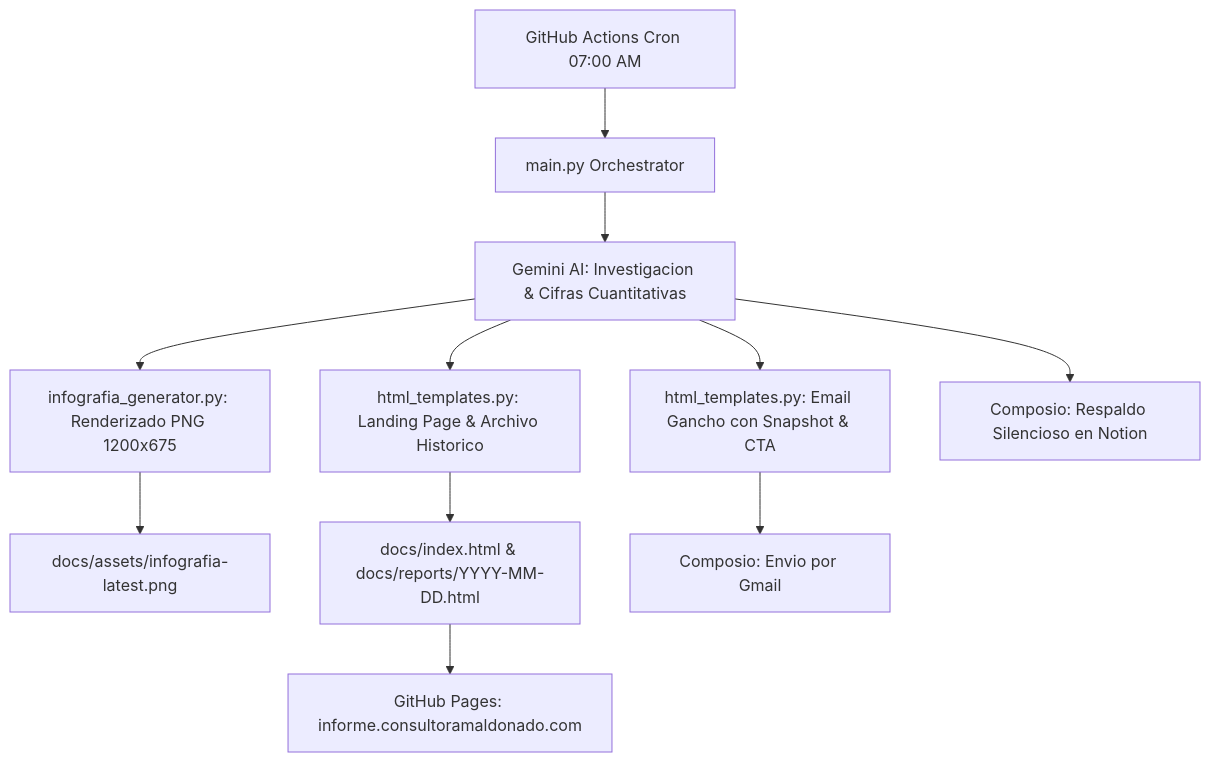
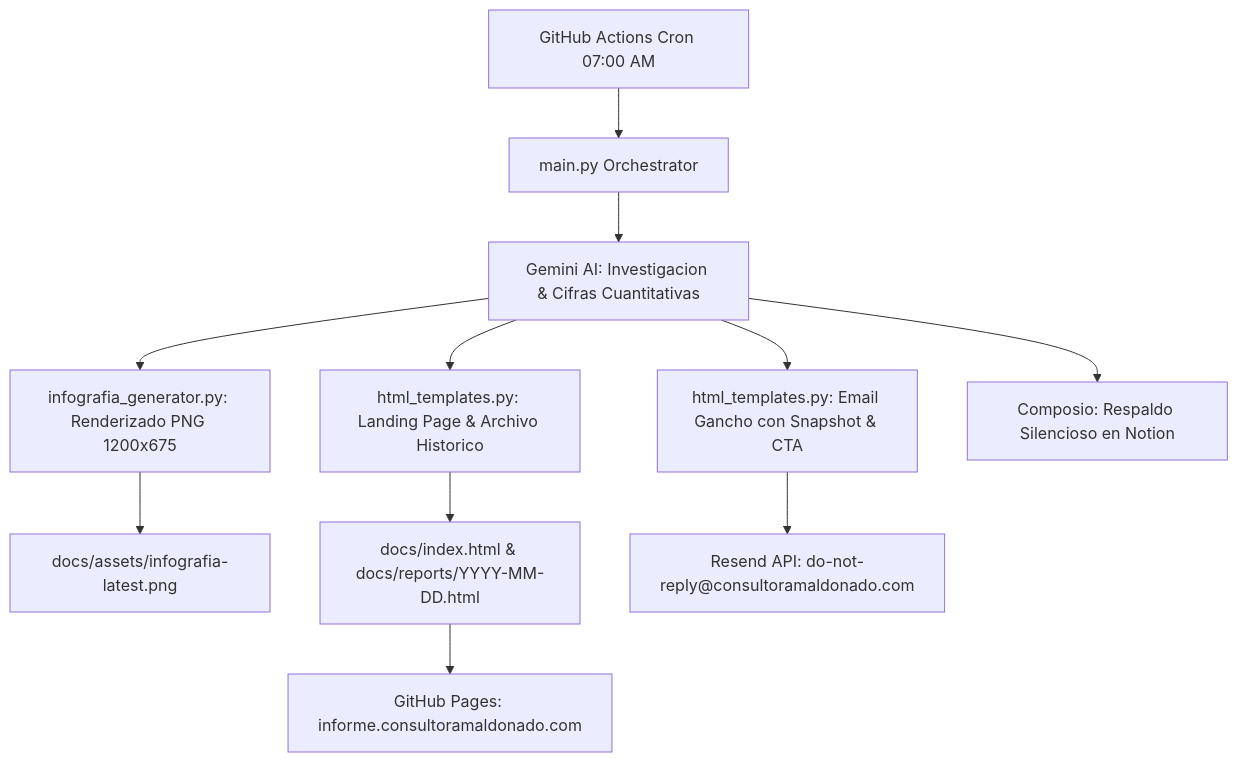
One commit to HMA-maker/bolivia-economy-daily-briefing changed the diagram in README.md. Above: the diagram before and after it, drawn with Mermaid. The commit also changed other lines of this file and 5 other files, not shown here.

Commit message:
Configurar envio transaccional de correos via Resend desde do-not-reply@consultoramaldonado.com

````diff
--- a/README.md
+++ b/README.md
@@ -10,13 +10,13 @@
 ```mermaid
 graph TD
     A[GitHub Actions Cron 07:00 AM] --> B[main.py Orchestrator]
     B --> C[Gemini AI: Investigacion & Cifras Cuantitativas]
     C --> D[infografia_generator.py: Renderizado PNG 1200x675]
     C --> E[html_templates.py: Landing Page & Archivo Historico]
     C --> F[html_templates.py: Email Gancho con Snapshot & CTA]
     D --> G[docs/assets/infografia-latest.png]
     E --> H[docs/index.html & docs/reports/YYYY-MM-DD.html]
-    F --> I[Composio: Envio por Gmail]
+    F --> I[Resend API: do-not-reply@consultoramaldonado.com]
     C --> J[Composio: Respaldo Silencioso en Notion]
     H --> K[GitHub Pages: informe.consultoramaldonado.com]
 ```
````
